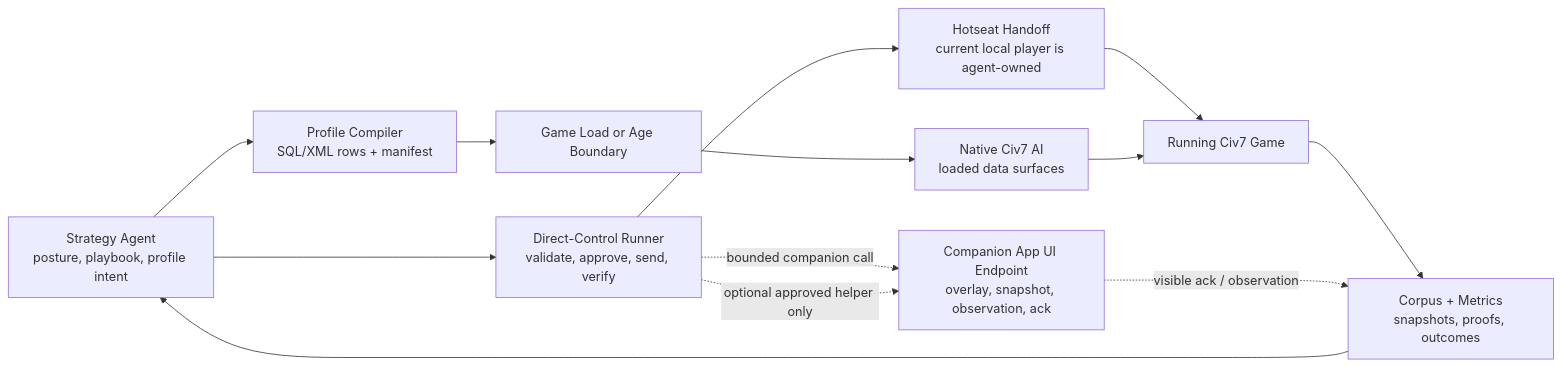
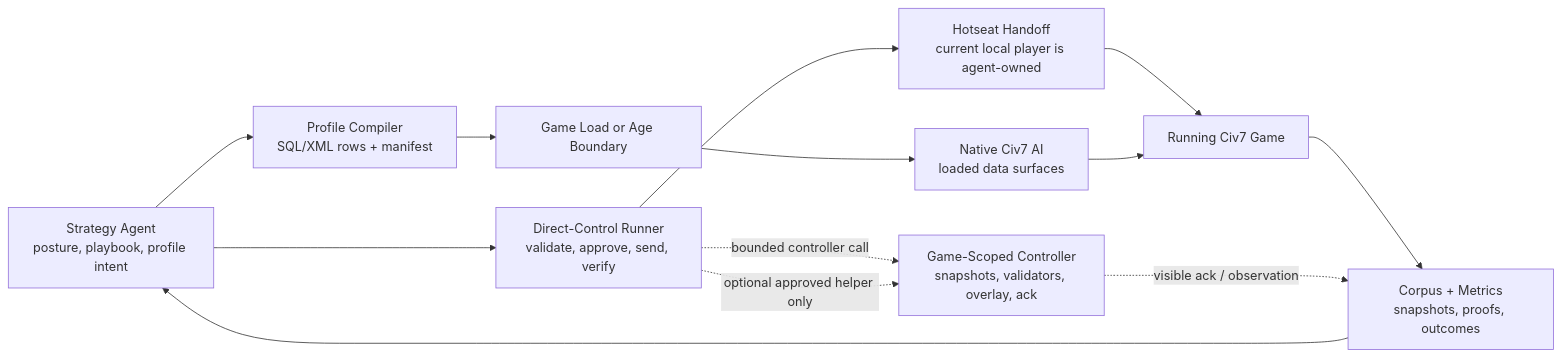
One commit to mateicanavra/civ7-modding-tools changed the diagram in docs/projects/civ7-intelligence-layer/actuation-path-map.md. Above: the diagram before and after it, drawn with Mermaid. The commit also changed other lines of this file and 34 other files, not shown here.

````diff
--- a/docs/projects/civ7-intelligence-layer/actuation-path-map.md
+++ b/docs/projects/civ7-intelligence-layer/actuation-path-map.md
@@ -62,25 +64,25 @@
 ```mermaid
 flowchart LR
   Strategy["Strategy Agent\nposture, playbook, profile intent"]
   Direct["Direct-Control Runner\nvalidate, approve, send, verify"]
   Hotseat["Hotseat Handoff\ncurrent local player is agent-owned"]
   Game["Running Civ7 Game"]
   Compiler["Profile Compiler\nSQL/XML rows + manifest"]
   Load["Game Load or Age Boundary"]
   Native["Native Civ7 AI\nloaded data surfaces"]
-  Bridge["Companion App UI Endpoint\noverlay, snapshot, observation, ack"]
+  Bridge["Game-Scoped Controller\nsnapshots, validators, overlay, ack"]
   Corpus["Corpus + Metrics\nsnapshots, proofs, outcomes"]
 
   Strategy --> Direct
   Direct --> Hotseat
   Hotseat --> Game
   Game --> Corpus
   Strategy --> Compiler
   Compiler --> Load
   Load --> Native
   Native --> Game
-  Direct -. bounded companion call .-> Bridge
+  Direct -. bounded controller call .-> Bridge
   Bridge -. visible ack / observation .-> Corpus
   Direct -. optional approved helper only .-> Bridge
   Corpus --> Strategy
 ```
````
